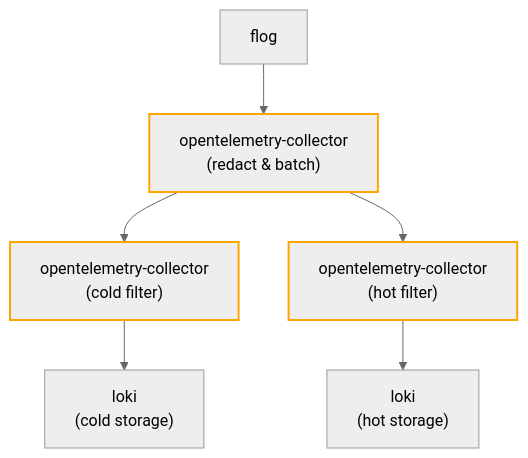
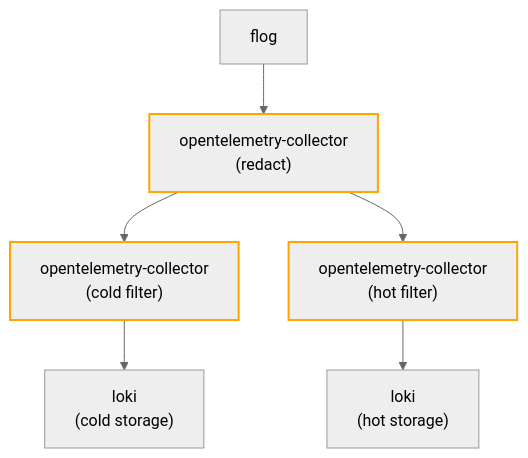
One commit to canonical/observability-stack changed the first of 2 diagrams in docs/how-to/tiered-otelcols.md. Above: the diagram before and after it, drawn with Mermaid (neutral theme). The commit also changed other lines of this file and 3 other files, not shown here.

````diff
--- a/docs/how-to/tiered-otelcols.md
+++ b/docs/how-to/tiered-otelcols.md
@@ -13,15 +13,15 @@
 ```{mermaid}
 flowchart TB
 
 flog[flog] --> fan-out
-fan-out["opentelemetry-collector<br>(redact & batch)"]
+fan-out["opentelemetry-collector<br>(redact)"]
 fan-out --> warn
 fan-out --> info
 warn["opentelemetry-collector<br>(cold filter)"] --> loki-cold
 info["opentelemetry-collector<br>(hot filter)"] --> loki-hot
 loki-hot["loki<br>(hot storage)"]
 loki-cold["loki<br>(cold storage)"]
 
 class fan-out,warn,info thickStroke;
 classDef thickStroke stroke-width:2px, stroke:#FFA500;
 ```
````
